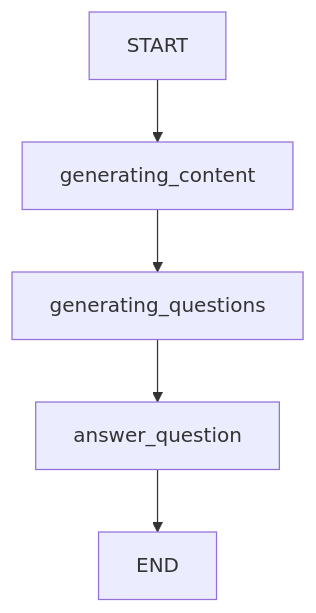
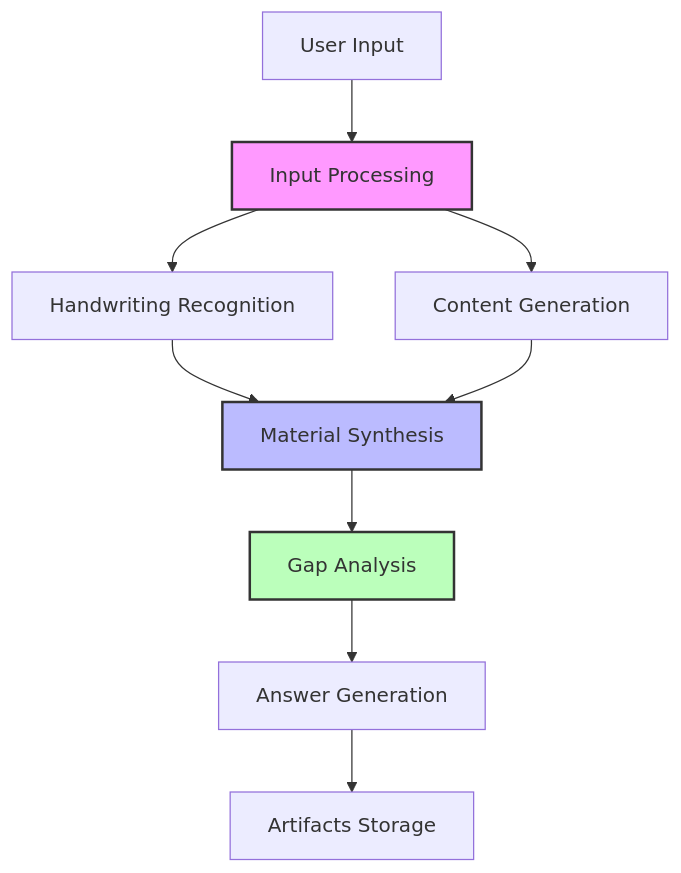
Before and after one commit to Bbar0n234/learnflow-ai: the diagram in README.md, drawn with Mermaid. The commit also changed other lines of this file and 10 other files, not shown here.

Commit message:
enhance project vision, ideas & roadmap

````diff
--- a/README.md
+++ b/README.md
@@ -119,7 +78,15 @@
 ```mermaid
 graph TD
-    A[START] --> B[generating_content]
-    B --> C[generating_questions]  
-    C --> D[answer_question]
-    D --> E[END]
+    A[User Input] --> B[Input Processing]
+    B --> C[Content Generation]
+    B --> D[Handwriting Recognition]
+    D --> E[Material Synthesis]
+    C --> E
+    E --> F[Gap Analysis]
+    F --> G[Answer Generation]
+    G --> H[Artifacts Storage]
+    
+    style B fill:#f9f,stroke:#333,stroke-width:2px
+    style E fill:#bbf,stroke:#333,stroke-width:2px
+    style F fill:#bfb,stroke:#333,stroke-width:2px
 ```
````
